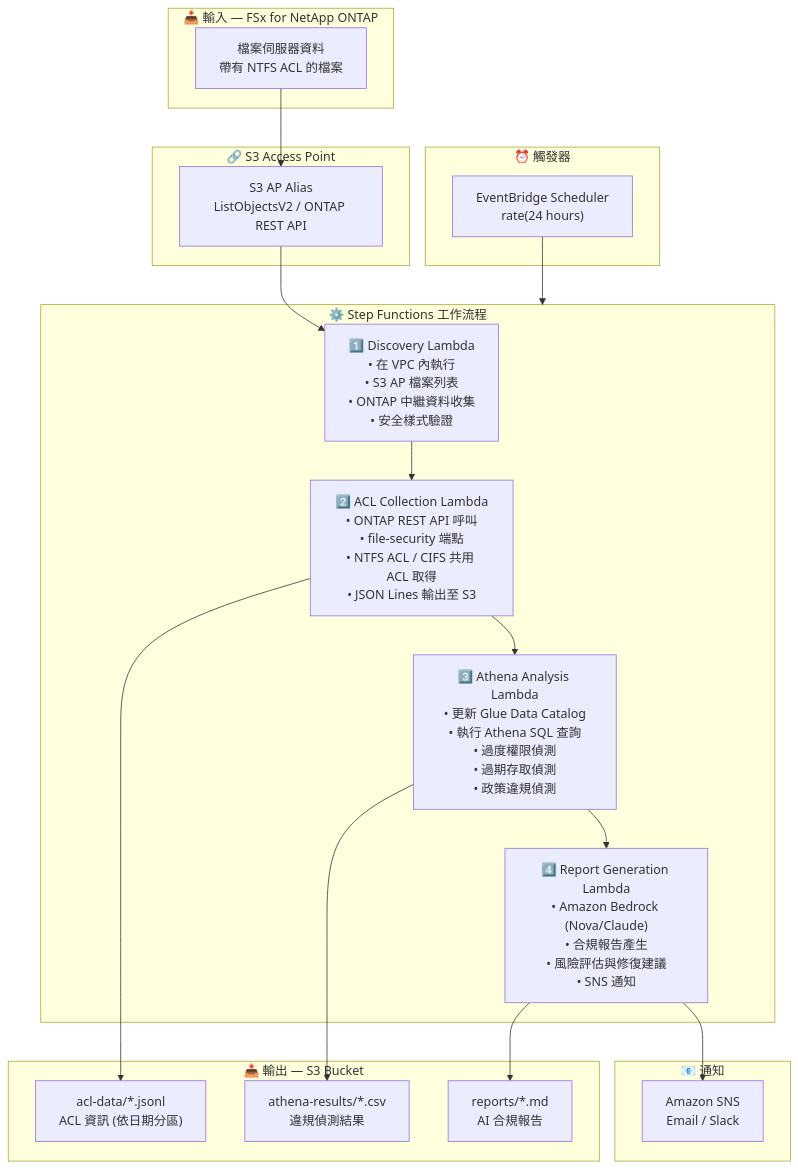
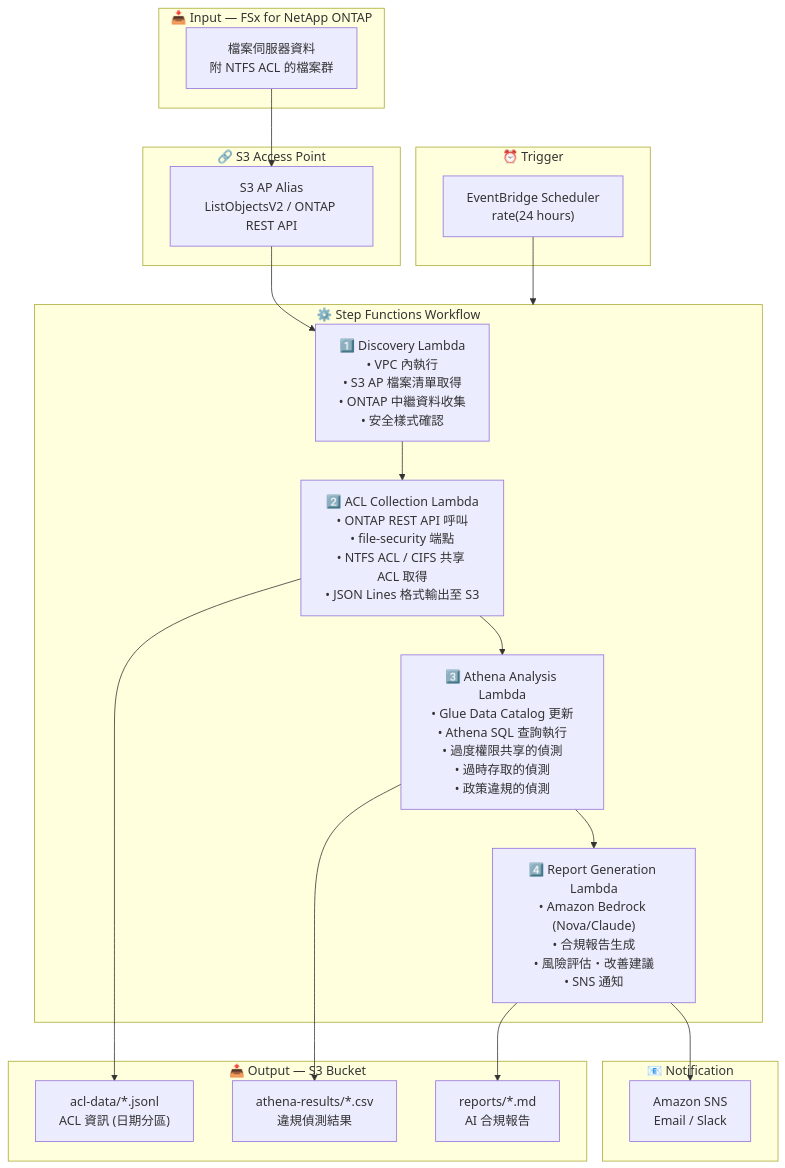
Before and after one commit to Yoshiki0705/FSx-for-ONTAP-S3AccessPoints-Serverless-Patterns: the diagram in legal-compliance/docs/architecture.zh-TW.md, drawn with Mermaid. The commit also changed other lines of this file and 54 other files, not shown here.

````diff
--- a/legal-compliance/docs/architecture.zh-TW.md
+++ b/legal-compliance/docs/architecture.zh-TW.md
@@ -11,42 +13,42 @@
 ```mermaid
 flowchart TB
-    subgraph INPUT["📥 輸入 — FSx for NetApp ONTAP"]
-        FILES["檔案伺服器資料<br/>帶有 NTFS ACL 的檔案"]
+    subgraph INPUT["📥 Input — FSx for NetApp ONTAP"]
+        FILES["檔案伺服器資料<br/>附 NTFS ACL 的檔案群"]
     end
 
     subgraph S3AP["🔗 S3 Access Point"]
         ALIAS["S3 AP Alias<br/>ListObjectsV2 / ONTAP REST API"]
     end
 
-    subgraph TRIGGER["⏰ 觸發器"]
+    subgraph TRIGGER["⏰ Trigger"]
         EB["EventBridge Scheduler<br/>rate(24 hours)"]
     end
 
-    subgraph SFN["⚙️ Step Functions 工作流程"]
-        DISC["1️⃣ Discovery Lambda<br/>• 在 VPC 內執行<br/>• S3 AP 檔案列表<br/>• ONTAP 中繼資料收集<br/>• 安全樣式驗證"]
-        ACL["2️⃣ ACL Collection Lambda<br/>• ONTAP REST API 呼叫<br/>• file-security 端點<br/>• NTFS ACL / CIFS 共用 ACL 取得<br/>• JSON Lines 輸出至 S3"]
-        ATH["3️⃣ Athena Analysis Lambda<br/>• 更新 Glue Data Catalog<br/>• 執行 Athena SQL 查詢<br/>• 過度權限偵測<br/>• 過期存取偵測<br/>• 政策違規偵測"]
-        RPT["4️⃣ Report Generation Lambda<br/>• Amazon Bedrock (Nova/Claude)<br/>• 合規報告產生<br/>• 風險評估與修復建議<br/>• SNS 通知"]
+    subgraph SFN["⚙️ Step Functions Workflow"]
+        DISC["1️⃣ Discovery Lambda<br/>• VPC 內執行<br/>• S3 AP 檔案清單取得<br/>• ONTAP 中繼資料收集<br/>• 安全樣式確認"]
+        ACL["2️⃣ ACL Collection Lambda<br/>• ONTAP REST API 呼叫<br/>• file-security 端點<br/>• NTFS ACL / CIFS 共享 ACL 取得<br/>• JSON Lines 格式輸出至 S3"]
+        ATH["3️⃣ Athena Analysis Lambda<br/>• Glue Data Catalog 更新<br/>• Athena SQL 查詢執行<br/>• 過度權限共享的偵測<br/>• 過時存取的偵測<br/>• 政策違規的偵測"]
+        RPT["4️⃣ Report Generation Lambda<br/>• Amazon Bedrock (Nova/Claude)<br/>• 合規報告生成<br/>• 風險評估・改善建議<br/>• SNS 通知"]
     end
 
-    subgraph OUTPUT["📤 輸出 — S3 Bucket"]
-        ACLDATA["acl-data/*.jsonl<br/>ACL 資訊 (依日期分區)"]
+    subgraph OUTPUT["📤 Output — S3 Bucket"]
+        ACLDATA["acl-data/*.jsonl<br/>ACL 資訊 (日期分區)"]
         ATHENA["athena-results/*.csv<br/>違規偵測結果"]
         REPORT["reports/*.md<br/>AI 合規報告"]
     end
 
-    subgraph NOTIFY["📧 通知"]
+    subgraph NOTIFY["📧 Notification"]
         SNS["Amazon SNS<br/>Email / Slack"]
     end
 
     FILES --> ALIAS
     ALIAS --> DISC
     EB --> SFN
     DISC --> ACL
     ACL --> ATH
     ATH --> RPT
     ACL --> ACLDATA
     ATH --> ATHENA
     RPT --> REPORT
     RPT --> SNS
 ```
````
